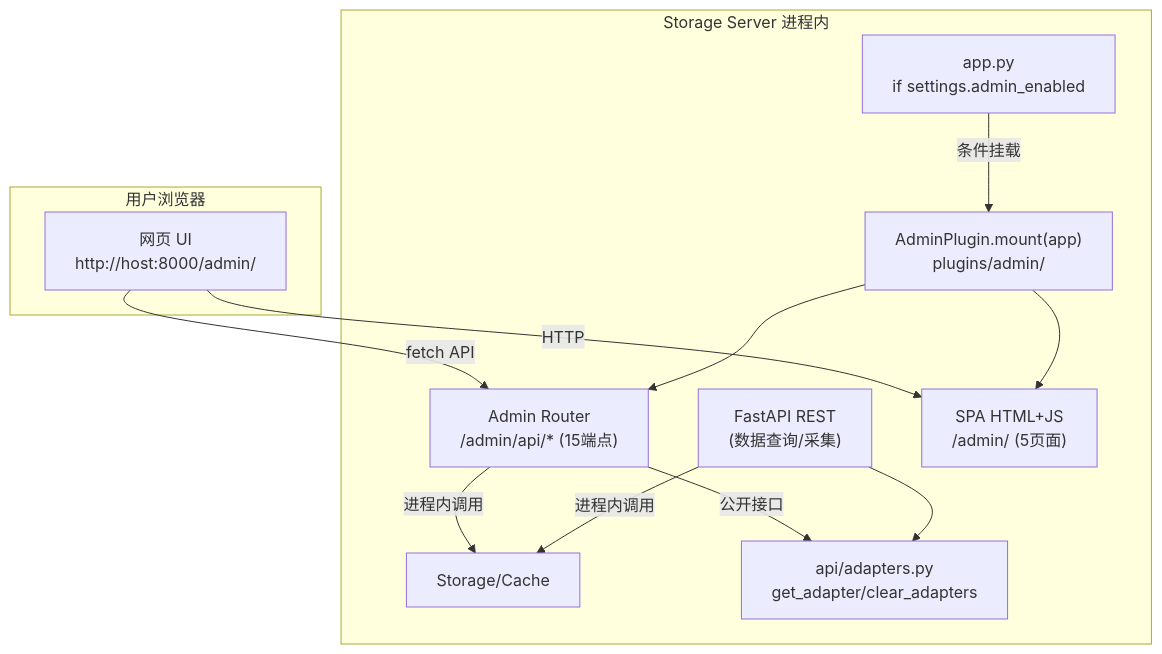
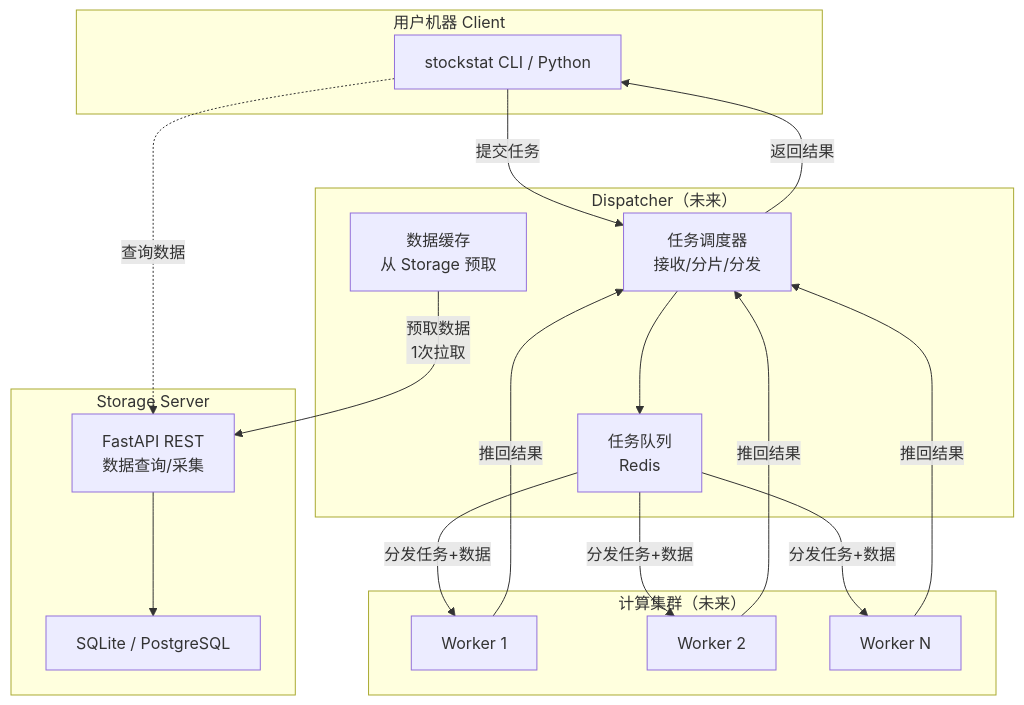
One commit to RESBI/StockStatistic changed the sixth of 6 diagrams in DESIGN_CN.md. Above: the diagram before and after it, drawn with Mermaid. The commit also changed other lines of this file and 24 other files, not shown here.

````diff
--- a/DESIGN_CN.md
+++ b/DESIGN_CN.md
@@ -746,26 +896,40 @@
 ```mermaid
 graph TB
-    subgraph "用户浏览器"
-        WEB["网页 UI<br/>http://host:8000/admin/"]
+    subgraph "用户机器 Client"
+        CLI["stockstat CLI / Python"]
     end
 
-    subgraph "Storage Server 进程内"
-        APP["app.py<br/>if settings.admin_enabled"]
-        PLUGIN["AdminPlugin.mount(app)<br/>plugins/admin/"]
-        API["FastAPI REST<br/>(数据查询/采集)"]
-        ROUTER["Admin Router<br/>/admin/api/* (15端点)"]
-        STATIC["SPA HTML+JS<br/>/admin/ (5页面)"]
-        DB["Storage/Cache"]
-        ADAPTERS["api/adapters.py<br/>get_adapter/clear_adapters"]
+    subgraph "Storage Server"
+        API_S["FastAPI REST<br/>数据查询/采集"]
+        DB["SQLite / PostgreSQL"]
     end
 
-    WEB -->|"HTTP"| STATIC
-    WEB -->|"fetch API"| ROUTER
-    APP -->|"条件挂载"| PLUGIN
-    PLUGIN --> ROUTER
-    PLUGIN --> STATIC
-    ROUTER -->|"进程内调用"| DB
-    ROUTER -->|"公开接口"| ADAPTERS
-    API -->|"进程内调用"| DB
-    API --> ADAPTERS
+    subgraph "Dispatcher（未来）"
+        DISP["任务调度器<br/>接收/分片/分发"]
+        QUEUE["任务队列<br/>Redis"]
+        DISP_CACHE["数据缓存<br/>从 Storage 预取"]
+    end
+
+    subgraph "计算集群（未来）"
+        W1["Worker 1"]
+        W2["Worker 2"]
+        WN["Worker N"]
+    end
+
+    CLI -->|"提交任务"| DISP
+    CLI -.->|"查询数据"| API_S
+    API_S --> DB
+
+    DISP --> QUEUE
+    DISP_CACHE -->|"预取数据<br/>1次拉取"| API_S
+
+    QUEUE -->|"分发任务+数据"| W1
+    QUEUE -->|"分发任务+数据"| W2
+    QUEUE -->|"分发任务+数据"| WN
+
+    W1 -->|"推回结果"| DISP
+    W2 -->|"推回结果"| DISP
+    WN -->|"推回结果"| DISP
+
+    DISP -->|"返回结果"| CLI
 ```
````
